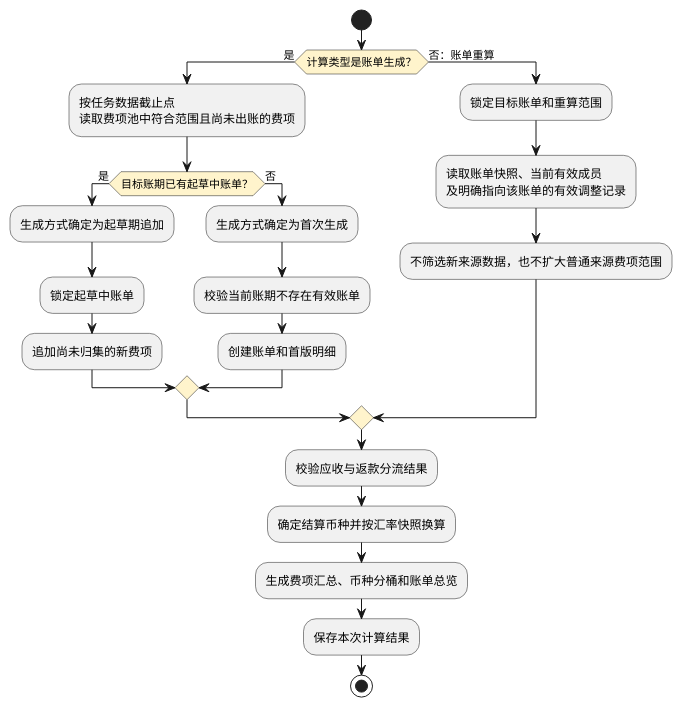
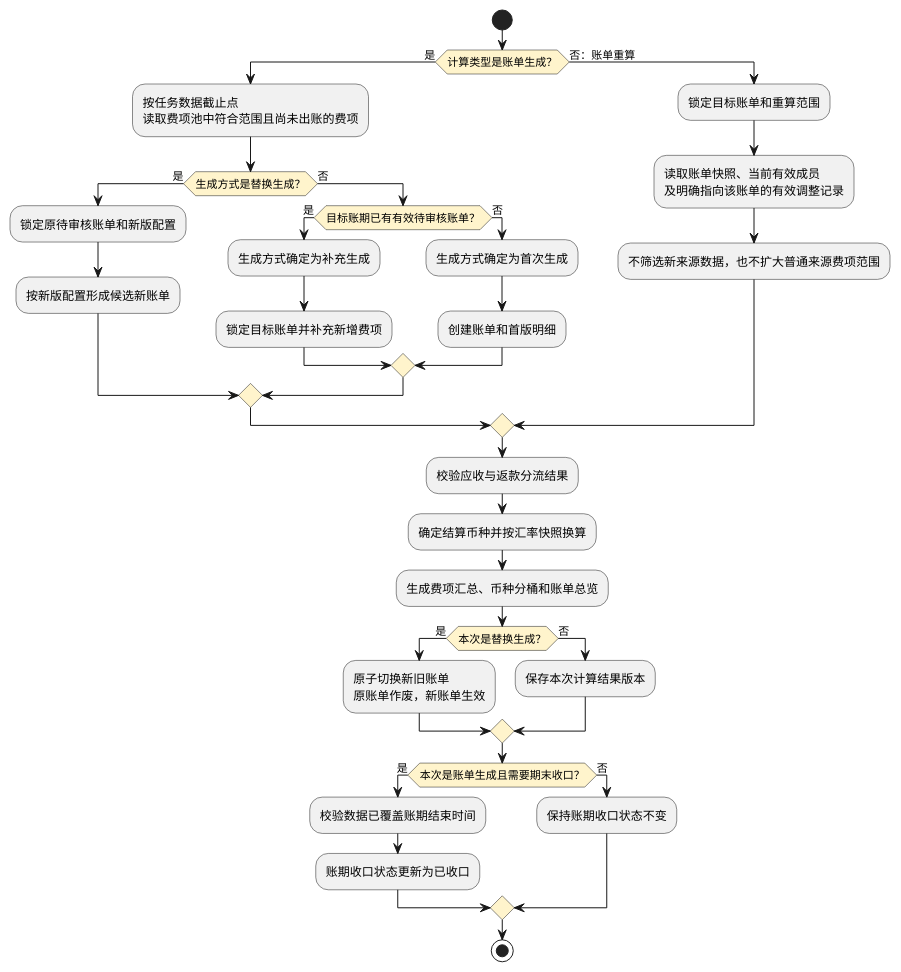
The tenth of 19 diagrams in product-caliber/bms/prd/账单系统.PRD.md (jack888332/projects-doc), drawn with PlantUML before and after one commit. The commit also changed other lines of this file, not shown here.

````diff
--- a/product-caliber/bms/prd/账单系统.PRD.md
+++ b/product-caliber/bms/prd/账单系统.PRD.md
@@ -1602,29 +1607,42 @@
 ```plantuml
 @startuml
 skinparam activityDiamondBackgroundColor #FFF4CC
 
 start
 if (计算类型是账单生成？) then (是)
   :按任务数据截止点\n读取费项池中符合范围且尚未出账的费项;
-  if (目标账期已有起草中账单？) then (是)
-    :生成方式确定为起草期追加;
-    :锁定起草中账单;
-    :追加尚未归集的新费项;
+  if (生成方式是替换生成？) then (是)
+    :锁定原待审核账单和新版配置;
+    :按新版配置形成候选新账单;
   else (否)
-    :生成方式确定为首次生成;
-    :校验当前账期不存在有效账单;
-    :创建账单和首版明细;
+    if (目标账期已有有效待审核账单？) then (是)
+      :生成方式确定为补充生成;
+      :锁定目标账单并补充新增费项;
+    else (否)
+      :生成方式确定为首次生成;
+      :创建账单和首版明细;
+    endif
   endif
 else (否：账单重算)
   :锁定目标账单和重算范围;
   :读取账单快照、当前有效成员\n及明确指向该账单的有效调整记录;
   :不筛选新来源数据，也不扩大普通来源费项范围;
 endif
 
 :校验应收与返款分流结果;
 :确定结算币种并按汇率快照换算;
 :生成费项汇总、币种分桶和账单总览;
-:保存本次计算结果;
+if (本次是替换生成？) then (是)
+  :原子切换新旧账单\n原账单作废，新账单生效;
+else (否)
+  :保存本次计算结果版本;
+endif
+if (本次是账单生成且需要期末收口？) then (是)
+  :校验数据已覆盖账期结束时间;
+  :账期收口状态更新为已收口;
+else (否)
+  :保持账期收口状态不变;
+endif
 stop
 @enduml
 ```
````
